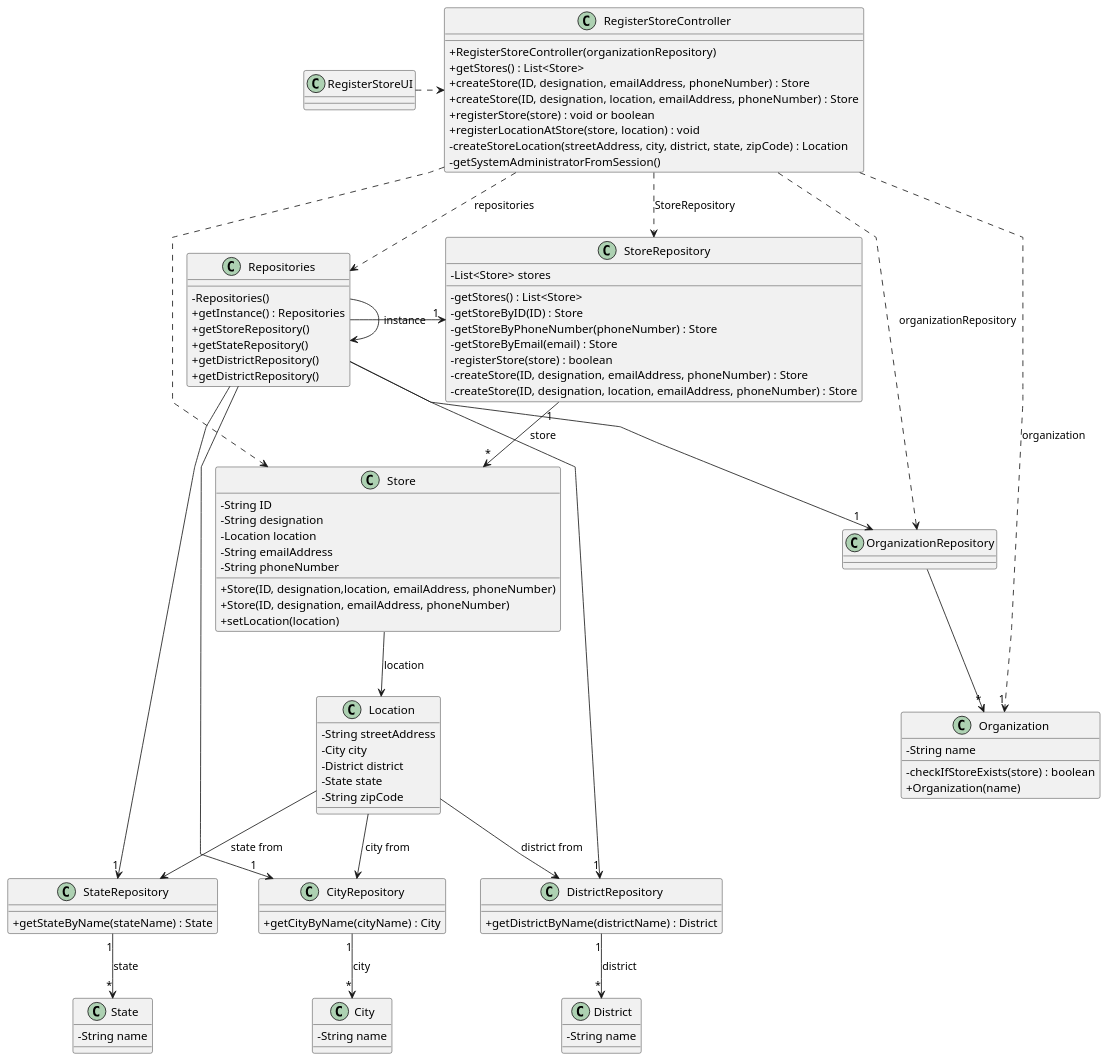
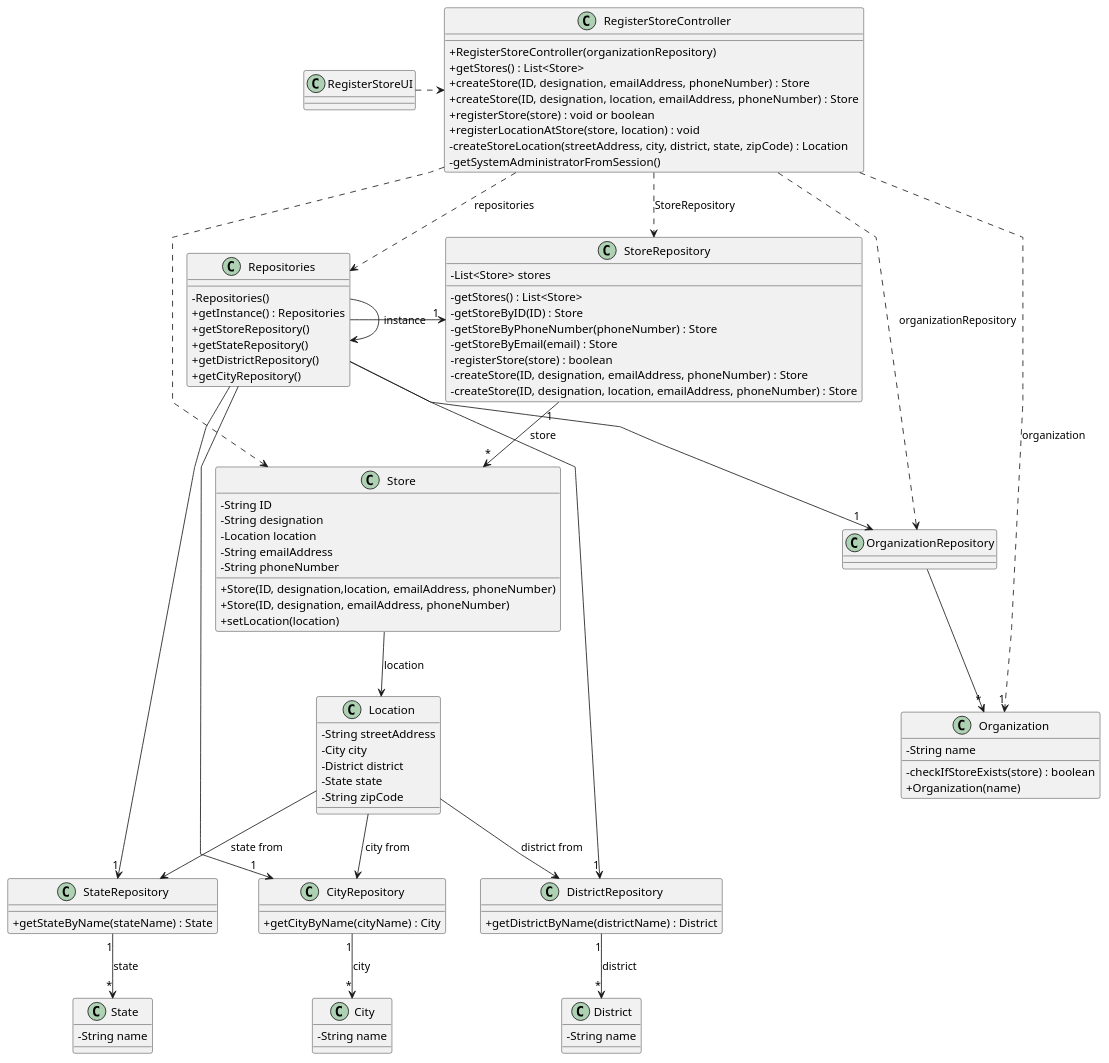
Before and after one commit to 1220812/LAPR2: the diagram in docs/sprintB/us005/03.design/puml/us005-class-diagram.puml, drawn with PlantUML.

Commit message:
Corrected a minor mistake in class diagram. Completed the employeeRepository.

```diff
--- a/docs/sprintB/us005/03.design/puml/us005-class-diagram.puml
+++ b/docs/sprintB/us005/03.design/puml/us005-class-diagram.puml
@@ -1,129 +1,129 @@
 @startuml
 'skinparam monochrome true
 skinparam packageStyle rectangle
 skinparam shadowing false
 skinparam linetype polyline
 'skinparam linetype orto
 
 skinparam classAttributeIconSize 0
 
 'left to right direction
 
 class Location {
     -String streetAddress
     -City city
     -District district
     -State state
     -String zipCode
 }
 
 class City{
     -String name
 }
 
 class District{
     -String name
 }
 
 class State{
     -String name
 }
 
 class Store {
     - String ID
     - String designation
     - Location location
     - String emailAddress
     - String phoneNumber
 
     + Store(ID, designation,location, emailAddress, phoneNumber)
     + Store(ID, designation, emailAddress, phoneNumber)
     + setLocation(location)
 }
 
 class Organization {
     - String name
     - checkIfStoreExists(store) : boolean
     + Organization(name)
 '  +saveTask(task)
 }
 
 class StoreRepository {
     - List<Store> stores
     - getStores() : List<Store>
     - getStoreByID(ID) : Store
     - getStoreByPhoneNumber(phoneNumber) : Store
     - getStoreByEmail(email) : Store
     - registerStore(store) : boolean
     - createStore(ID, designation, emailAddress, phoneNumber) : Store
     - createStore(ID, designation, location, emailAddress, phoneNumber) : Store
 }
 
 class StateRepository{
     + getStateByName(stateName) : State
 }
 
 class DistrictRepository{
     + getDistrictByName(districtName) : District
 }
 
 class CityRepository {
     + getCityByName(cityName) : City
 }
 
 class Repositories {
     - Repositories()
     + getInstance() : Repositories
     + getStoreRepository()
     + getStateRepository()
     + getDistrictRepository()
-    + getDistrictRepository()
+    + getCityRepository()
 }
 
 class RegisterStoreController {
     + RegisterStoreController(organizationRepository)
     + getStores() : List<Store>
     + createStore(ID, designation, emailAddress, phoneNumber) : Store
     + createStore(ID, designation, location, emailAddress, phoneNumber) : Store
     + registerStore(store) : void or boolean
     + registerLocationAtStore(store, location) : void
     - createStoreLocation(streetAddress, city, district, state, zipCode) : Location
     - getSystemAdministratorFromSession()
 }
 
 class RegisterStoreUI {
 }
 
 Repositories -> Repositories : instance
 
 
 RegisterStoreUI .> RegisterStoreController
 
 RegisterStoreController .> Repositories : repositories
 
 Repositories -> "1" StoreRepository
 Repositories -> "1" StateRepository
 Repositories -> "1" DistrictRepository
 Repositories -> "1" CityRepository
 
 RegisterStoreController ..> Store
 RegisterStoreController ..> OrganizationRepository : organizationRepository
 RegisterStoreController ..> StoreRepository : StoreRepository
 
 Repositories --> "1" OrganizationRepository
 
 OrganizationRepository --> "*" Organization
 
 RegisterStoreController ..> "1" Organization : organization
 'Store "*" --> "1" TaskCategory : taskCategory
 StoreRepository "1" --> "*" Store : store
 StateRepository "1" --> "*" State : state
 DistrictRepository "1" --> "*" District : district
 CityRepository "1" --> "*" City : city
 
 Store --> Location : location
 Location --> StateRepository : state from
 Location --> DistrictRepository : district from
 Location --> CityRepository : city from
 
 @enduml
```
